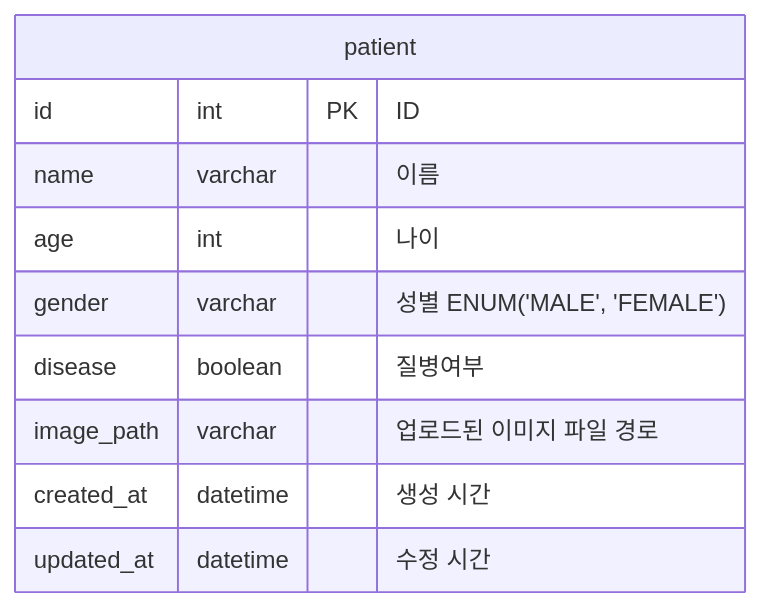
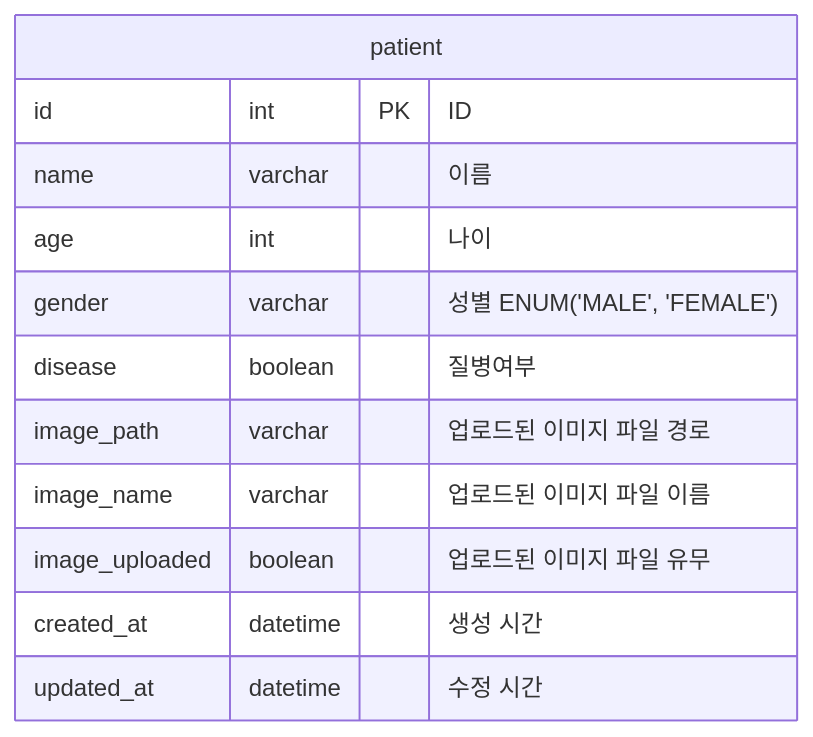
Before and after one commit to jhwon91/patient-info-system: the diagram in docs/erd.md, drawn with Mermaid. The commit also changed 1 other file, not shown here.

Commit message:
docs: 설계 문서 공통 응답 추가, 파일 이름, 파일 유무 컬럼 추가

````diff
--- a/docs/erd.md
+++ b/docs/erd.md
@@ -2,13 +2,15 @@
 ```mermaid
 erDiagram
     patient {
         id int PK "ID"
         name varchar "이름"
         age int "나이"
         gender varchar "성별 ENUM('MALE', 'FEMALE')"
         disease boolean " 질병여부"
         image_path varchar "업로드된 이미지 파일 경로"
+        image_name varchar "업로드된 이미지 파일 이름"
+        image_uploaded boolean "업로드된 이미지 파일 유무"
         created_at datetime "생성 시간"
         updated_at datetime "수정 시간"
     }
 ```
````
